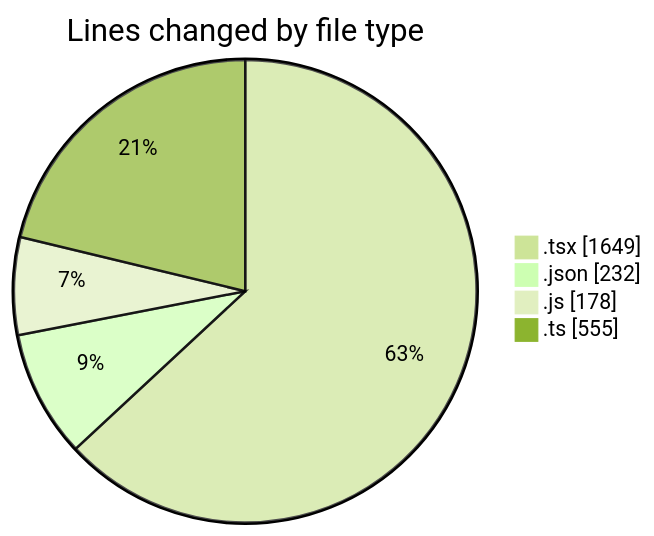
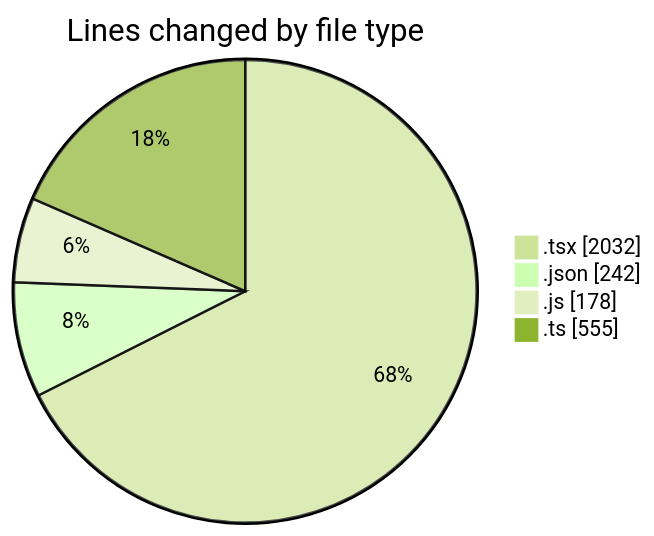
One commit to momahboobian/code-tracking changed the first of 2 diagrams in 2026-08-07/cda/README.md. Above: the diagram before and after it, drawn with Mermaid (forest theme). The commit also changed other lines of this file and 1 other file, not shown here.

````diff
--- a/2026-08-07/cda/README.md
+++ b/2026-08-07/cda/README.md
@@ -31,8 +31,8 @@
 ```mermaid
 pie showData
 title Lines changed by file type
-".tsx" : 1649
-".json" : 232
+".tsx" : 2032
+".json" : 242
 ".js" : 178
 ".ts" : 555
 ```
````
